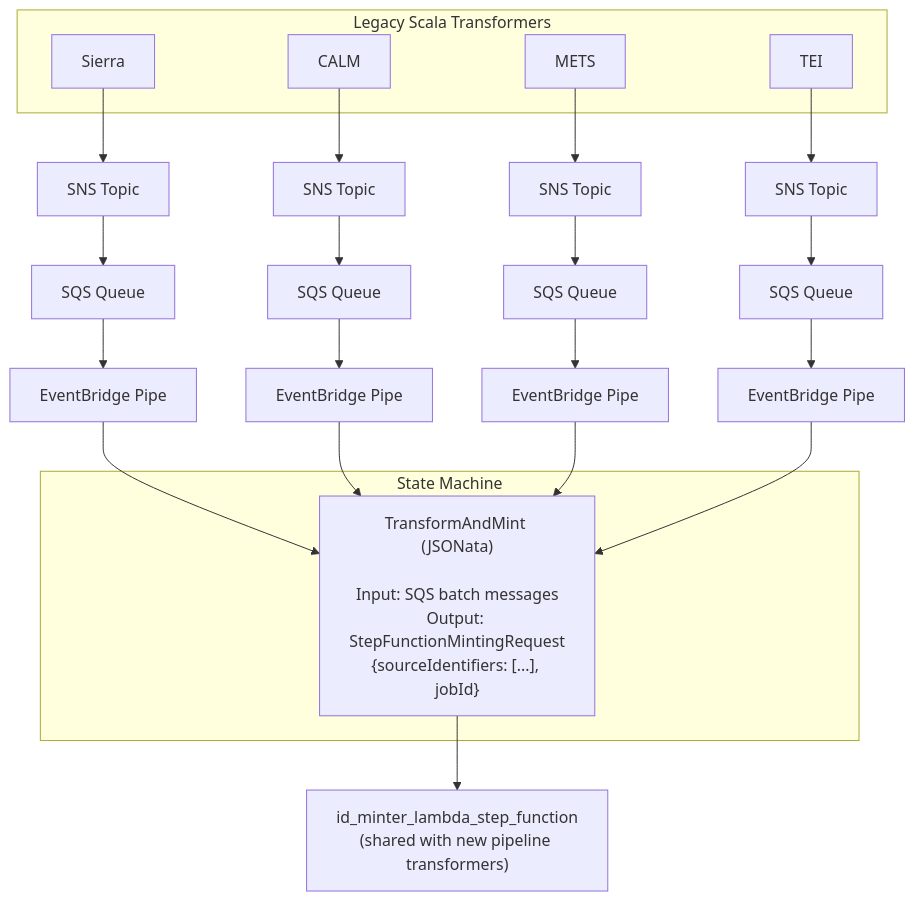
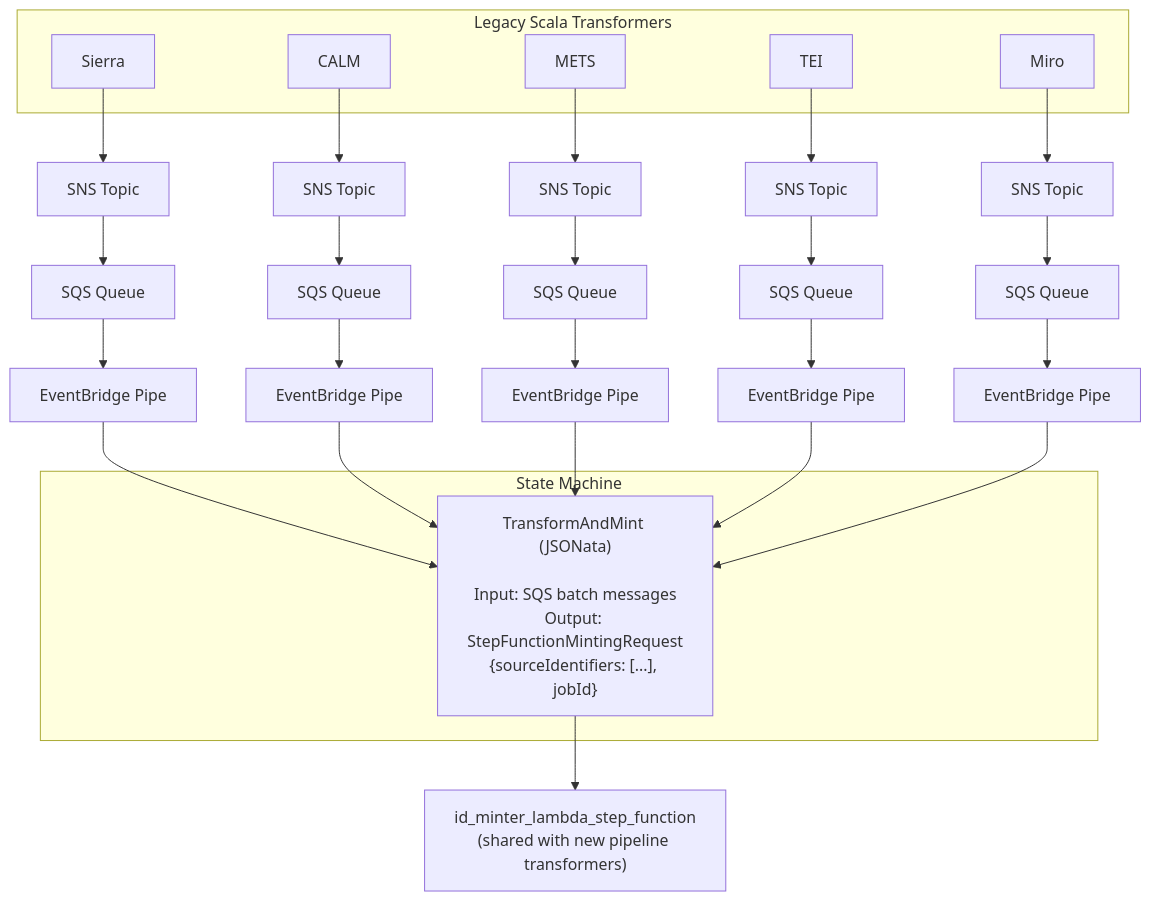
Before and after one commit to wellcomecollection/catalogue-pipeline: the diagram in pipeline/terraform/modules/sqs_id_minter_bridge/README.md, drawn with Mermaid. The commit also changed other lines of this file, not shown here.

Commit message:
Add Miro transformer to architecture diagram and description

````diff
--- a/pipeline/terraform/modules/sqs_id_minter_bridge/README.md
+++ b/pipeline/terraform/modules/sqs_id_minter_bridge/README.md
@@ -11,37 +11,42 @@
 ```mermaid
 graph TD
     subgraph Transformers["Legacy Scala Transformers"]
         Sierra["Sierra"]
         CALM["CALM"]
         METS["METS"]
         TEI["TEI"]
+        Miro["Miro"]
     end
 
     Sierra --> SNS_Sierra["SNS Topic"]
     CALM --> SNS_CALM["SNS Topic"]
     METS --> SNS_METS["SNS Topic"]
     TEI --> SNS_TEI["SNS Topic"]
+    Miro --> SNS_Miro["SNS Topic"]
 
     SNS_Sierra --> SQS_Sierra["SQS Queue"]
     SNS_CALM --> SQS_CALM["SQS Queue"]
     SNS_METS --> SQS_METS["SQS Queue"]
     SNS_TEI --> SQS_TEI["SQS Queue"]
+    SNS_Miro --> SQS_Miro["SQS Queue"]
 
     SQS_Sierra --> Pipe_Sierra["EventBridge Pipe"]
     SQS_CALM --> Pipe_CALM["EventBridge Pipe"]
     SQS_METS --> Pipe_METS["EventBridge Pipe"]
     SQS_TEI --> Pipe_TEI["EventBridge Pipe"]
+    SQS_Miro --> Pipe_Miro["EventBridge Pipe"]
 
     subgraph SM["State Machine"]
         Transform["TransformAndMint (JSONata)<br/><br/>Input: SQS batch messages<br/>Output: StepFunctionMintingRequest<br/>{sourceIdentifiers: [...], jobId}"]
     end
 
     Pipe_Sierra --> Transform
     Pipe_CALM --> Transform
     Pipe_METS --> Transform
     Pipe_TEI --> Transform
+    Pipe_Miro --> Transform
 
     Lambda["id_minter_lambda_step_function<br/>(shared with new pipeline transformers)"]
 
     Transform --> Lambda
 ```
````
